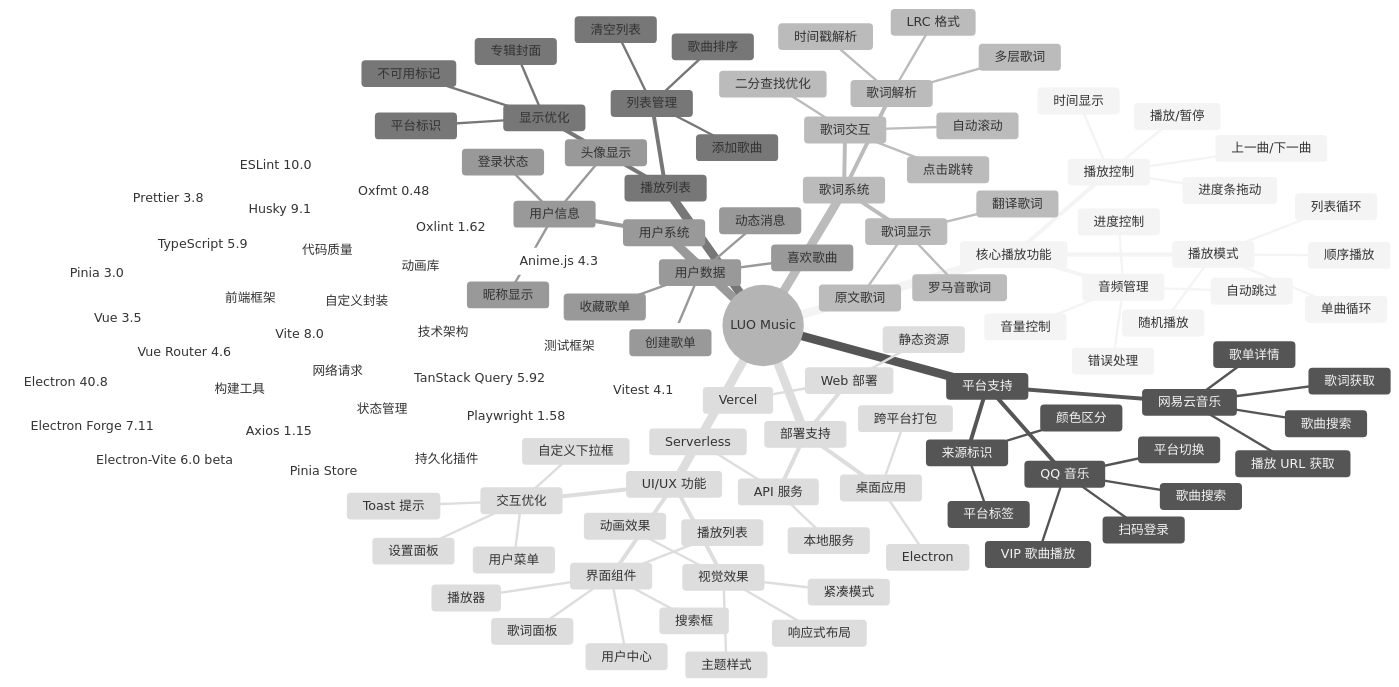
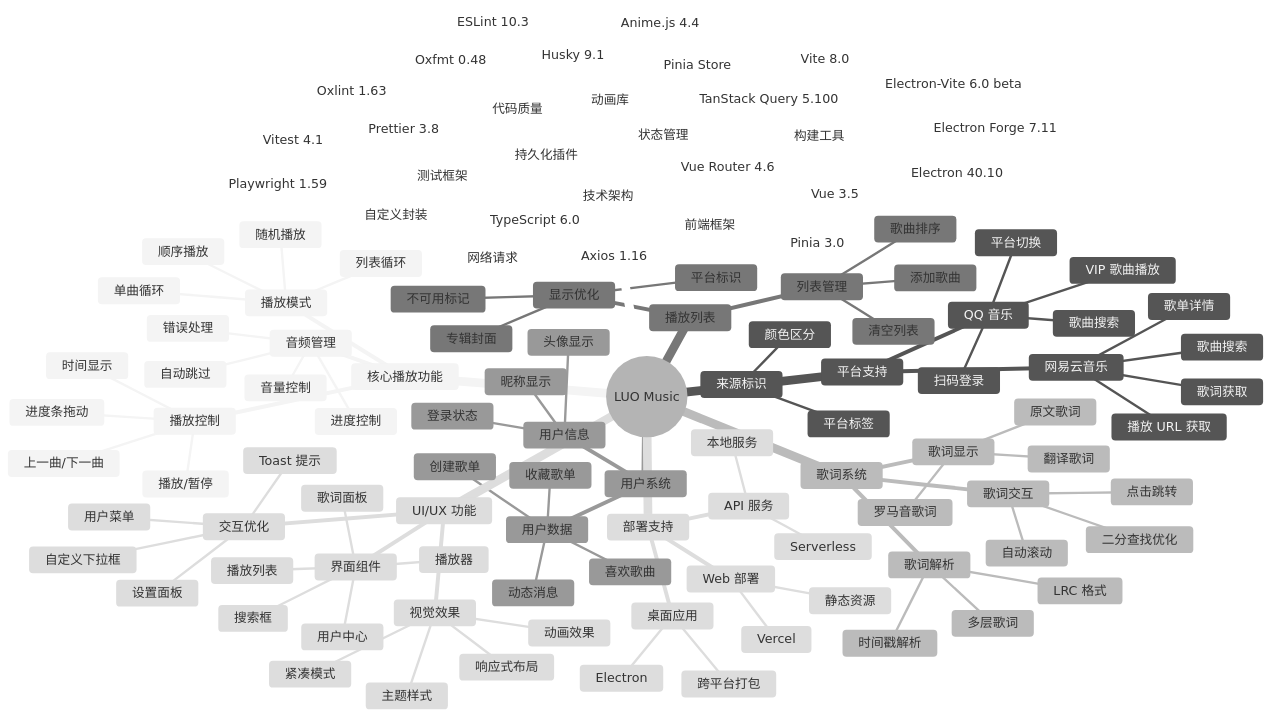
The diagram in README.md (sansenjian/Luo-Music), drawn with Mermaid (neutral theme) before and after one commit. The commit also changed other lines of this file and 32 other files, not shown here.

```diff
--- a/README.md
+++ b/README.md
@@ -162,30 +162,30 @@
         Vue 3.5
         Pinia 3.0
         Vue Router 4.6
-        TypeScript 5.9
+        TypeScript 6.0
       构建工具
         Vite 8.0
-        Electron 40.8
+        Electron 40.10
         Electron-Vite 6.0 beta
         Electron Forge 7.11
       动画库
-        Anime.js 4.3
+        Anime.js 4.4
       状态管理
         Pinia Store
-        TanStack Query 5.92
+        TanStack Query 5.100
         持久化插件
       网络请求
-        Axios 1.15
+        Axios 1.16
         自定义封装
       代码质量
-        Oxlint 1.62
-        ESLint 10.0
+        Oxlint 1.63
+        ESLint 10.3
         Prettier 3.8
         Oxfmt 0.48
         Husky 9.1
       测试框架
         Vitest 4.1
-        Playwright 1.58
+        Playwright 1.59
 
     部署支持
       Web 部署
```
